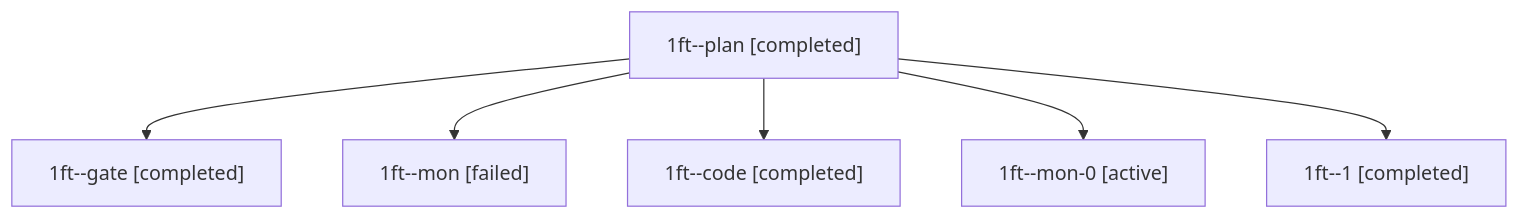
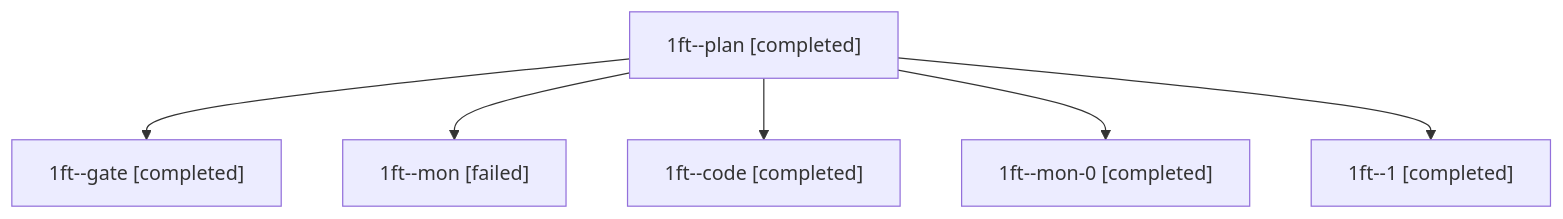
The diagram in sessions/bbugyi200.athena.1ft.md (bobs-org/bob-cli--agents), drawn with Mermaid before and after one commit. The commit also changed other lines of this file and 11 other files, not shown here.

````diff
--- a/sessions/bbugyi200.athena.1ft.md
+++ b/sessions/bbugyi200.athena.1ft.md
@@ -9,14 +9,14 @@
 ```mermaid
 flowchart TD
   n0["1ft--plan [completed]"]
   n1["1ft--gate [completed]"]
   n0 --> n1
   n2["1ft--mon [failed]"]
   n0 --> n2
   n3["1ft--code [completed]"]
   n0 --> n3
-  n4["1ft--mon-0 [active]"]
+  n4["1ft--mon-0 [completed]"]
   n0 --> n4
   n5["1ft--1 [completed]"]
   n0 --> n5
 ```
````
